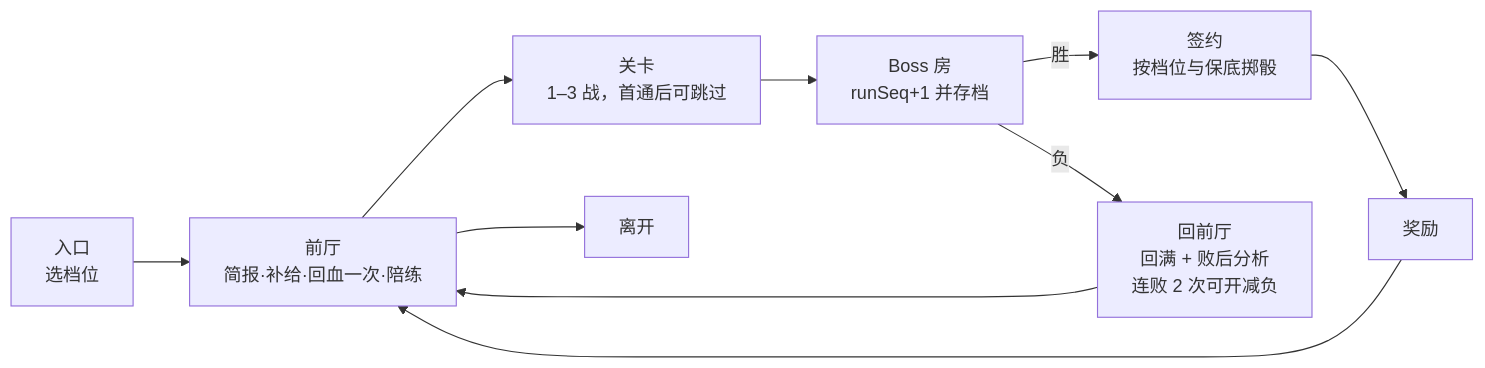
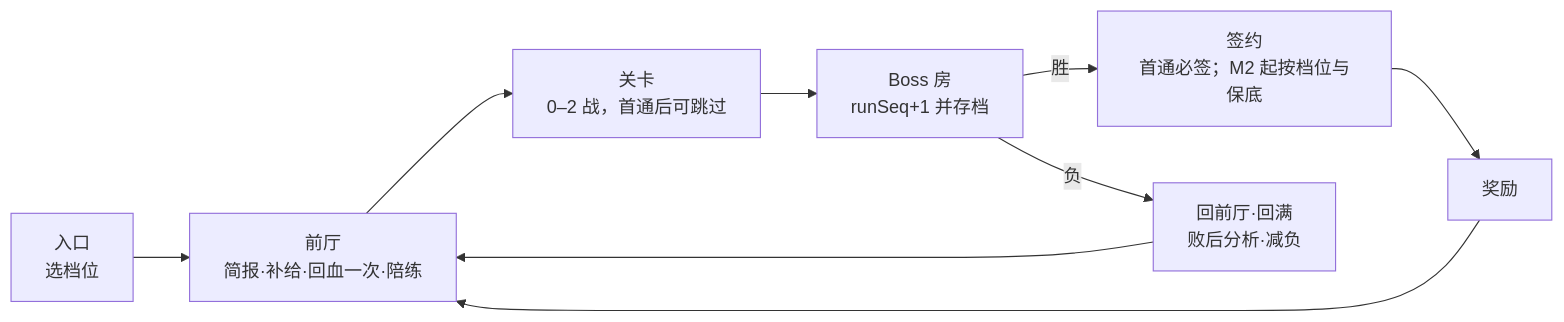
The diagram in docs/design/0003-story-and-progression.md (Crosery/agent-pocket), drawn with Mermaid before and after one commit. The commit also changed other lines of this file and 5 other files, not shown here.

````diff
--- a/docs/design/0003-story-and-progression.md
+++ b/docs/design/0003-story-and-progression.md
@@ -335,10 +528,9 @@
 ```mermaid
 flowchart LR
   G[入口<br/>选档位] --> L[前厅<br/>简报·补给·回血一次·陪练]
-  L --> Q[关卡<br/>1–3 战，首通后可跳过]
+  L --> Q[关卡<br/>0–2 战，首通后可跳过]
   Q --> B[Boss 房<br/>runSeq+1 并存档]
-  B -->|胜| C[签约<br/>按档位与保底掷骰]
+  B -->|胜| C[签约<br/>首通必签；M2 起按档位与保底]
   C --> R[奖励] --> L
-  B -->|负| H[回前厅<br/>回满 + 败后分析<br/>连败 2 次可开减负] --> L
-  L --> X[离开]
+  B -->|负| H[回前厅·回满<br/>败后分析·减负] --> L
 ```
````
